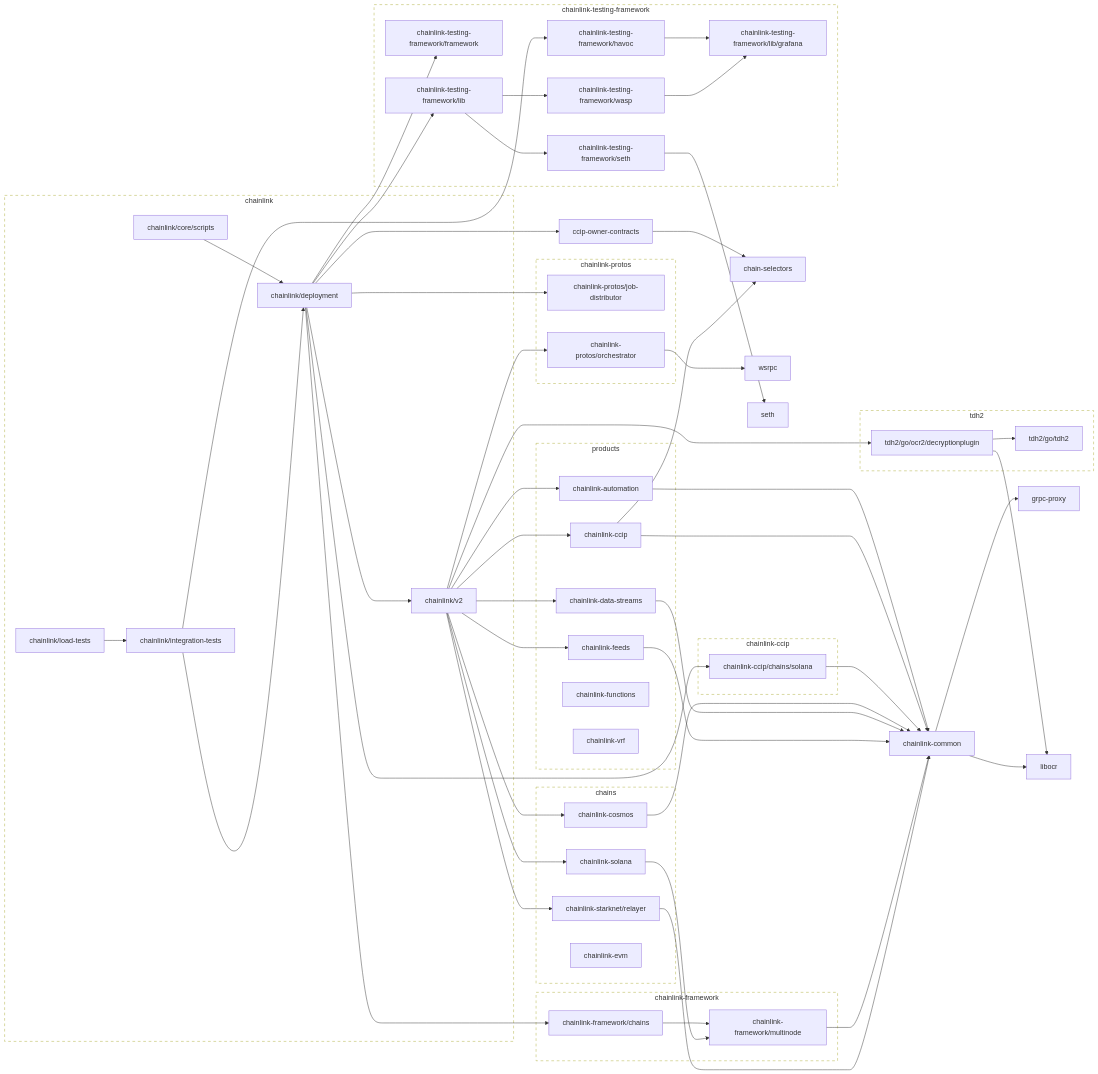
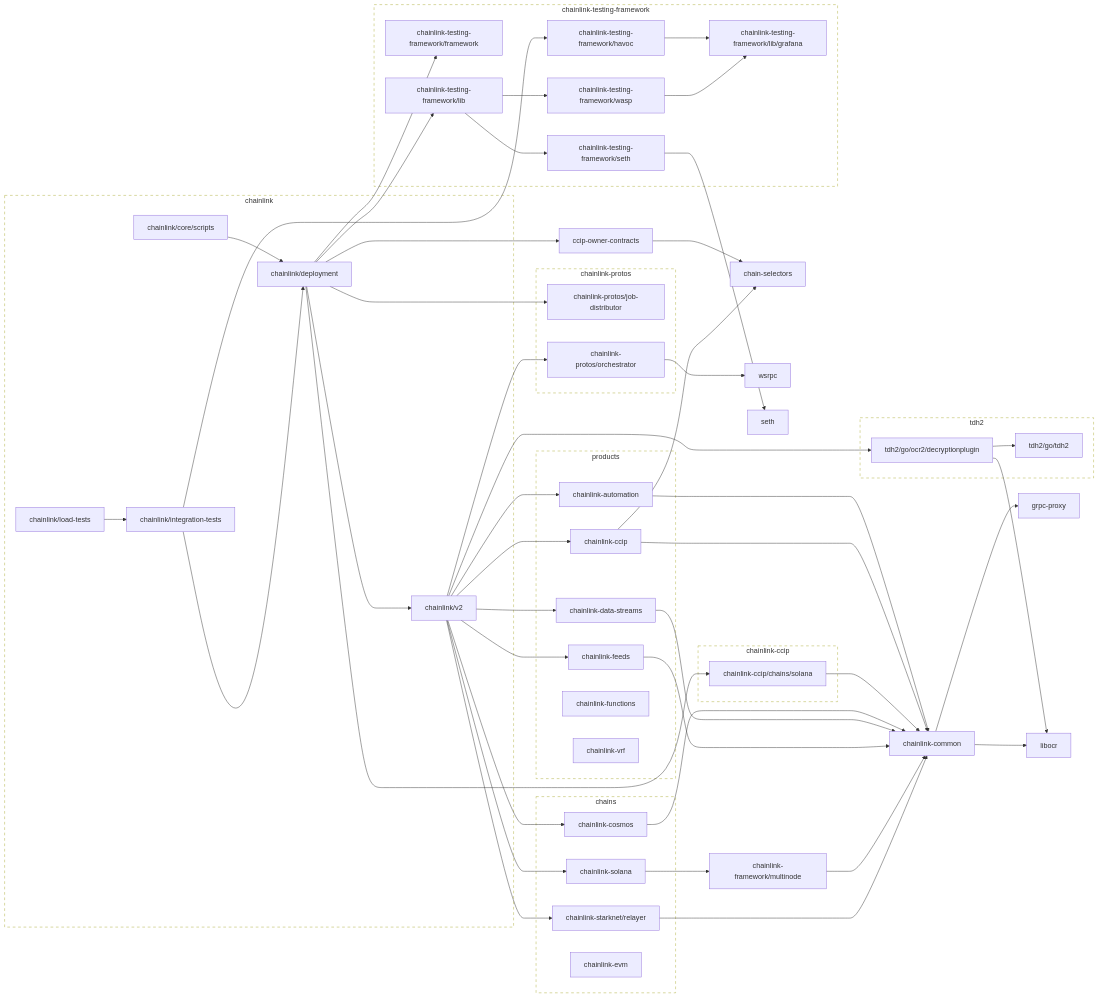
One commit to JohnDaWalka/chainlink changed the second of 2 diagrams in go.md. Above: the diagram before and after it, drawn with Mermaid.

````diff
--- a/go.md
+++ b/go.md
@@ -118,8 +118,6 @@
 	click chainlink-data-streams href "https://github.com/smartcontractkit/chainlink-data-streams"
 	chainlink-feeds --> chainlink-common
 	click chainlink-feeds href "https://github.com/smartcontractkit/chainlink-feeds"
-	chainlink-framework/chains --> chainlink-framework/multinode
-	click chainlink-framework/chains href "https://github.com/smartcontractkit/chainlink-framework"
 	chainlink-framework/multinode --> chainlink-common
 	click chainlink-framework/multinode href "https://github.com/smartcontractkit/chainlink-framework"
 	chainlink-protos/job-distributor
@@ -147,7 +145,6 @@
 	click chainlink/core/scripts href "https://github.com/smartcontractkit/chainlink"
 	chainlink/deployment --> ccip-owner-contracts
 	chainlink/deployment --> chainlink-ccip/chains/solana
-	chainlink/deployment --> chainlink-framework/chains
 	chainlink/deployment --> chainlink-protos/job-distributor
 	chainlink/deployment --> chainlink-testing-framework/framework
 	chainlink/deployment --> chainlink-testing-framework/lib
@@ -197,12 +194,6 @@
 	end
 	click chainlink-ccip-repo href "https://github.com/smartcontractkit/chainlink-ccip"
 
-	subgraph chainlink-framework-repo[chainlink-framework]
-		 chainlink-framework/chains
-		 chainlink-framework/multinode
-	end
-	click chainlink-framework-repo href "https://github.com/smartcontractkit/chainlink-framework"
-
 	subgraph chainlink-protos-repo[chainlink-protos]
 		 chainlink-protos/job-distributor
 		 chainlink-protos/orchestrator
@@ -226,5 +217,5 @@
 	click tdh2-repo href "https://github.com/smartcontractkit/tdh2"
 
 	classDef outline stroke-dasharray:6,fill:none;
-	class chainlink-repo,chainlink-ccip-repo,chainlink-framework-repo,chainlink-protos-repo,chainlink-testing-framework-repo,tdh2-repo outline
+	class chainlink-repo,chainlink-ccip-repo,chainlink-protos-repo,chainlink-testing-framework-repo,tdh2-repo outline
 ```
````
